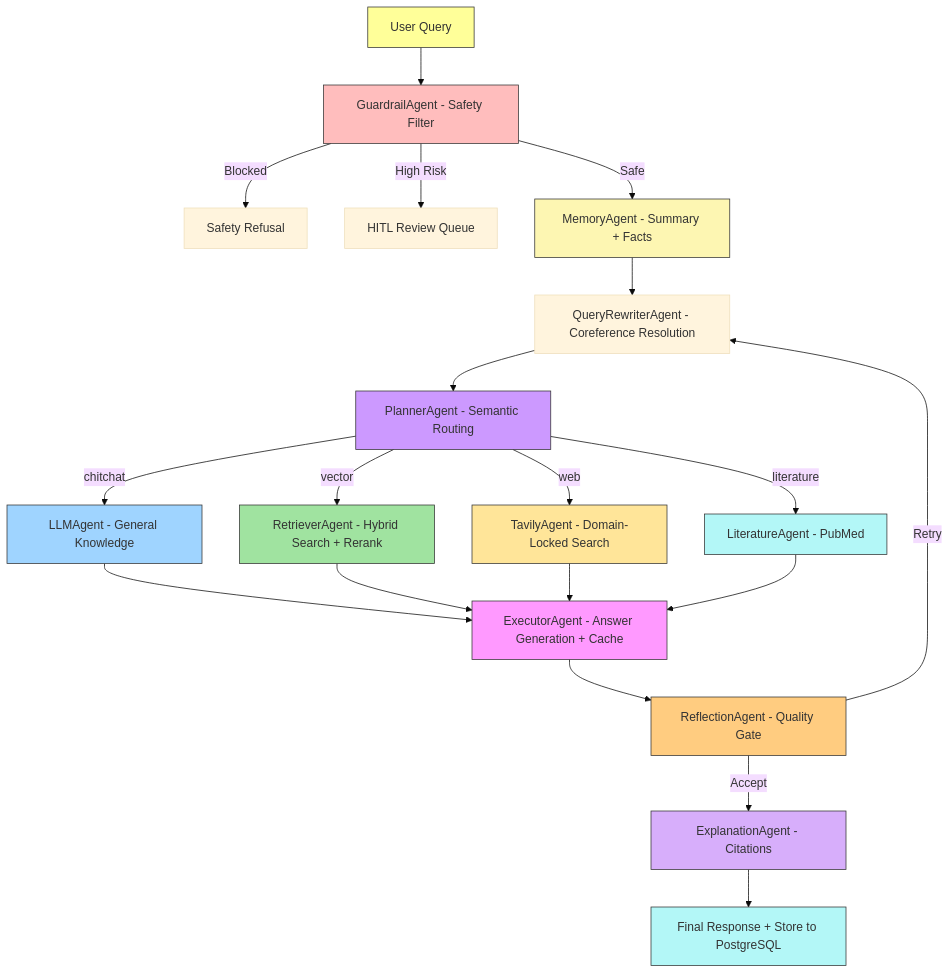
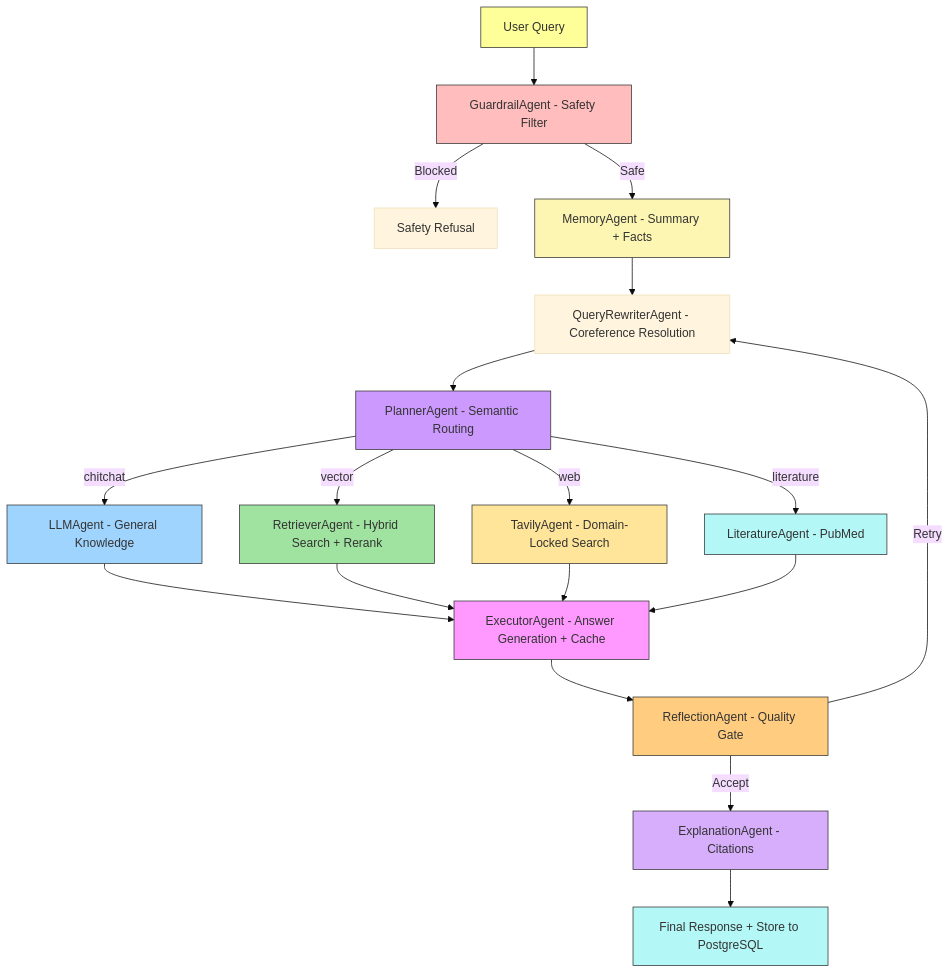
One commit to Toughcookie28-web/RealCare changed the diagram in README.md. Above: the diagram before and after it, drawn with Mermaid (base theme). The commit also changed other lines of this file and 3 other files, not shown here.

````diff
--- a/README.md
+++ b/README.md
@@ -62,38 +61,37 @@
 ```mermaid
 graph TD
     A[User Query] --> B[GuardrailAgent - Safety Filter]
     B -->|Blocked| Z[Safety Refusal]
-    B -->|High Risk| HITL[HITL Review Queue]
     B -->|Safe| C[MemoryAgent - Summary + Facts]
 
     C --> D[QueryRewriterAgent - Coreference Resolution]
     D --> E[PlannerAgent - Semantic Routing]
 
     E -->|chitchat| F[LLMAgent - General Knowledge]
     E -->|vector| G[RetrieverAgent - Hybrid Search + Rerank]
     E -->|web| H[TavilyAgent - Domain-Locked Search]
     E -->|literature| I[LiteratureAgent - PubMed]
 
     F --> J[ExecutorAgent - Answer Generation + Cache]
     G --> J
     H --> J
     I --> J
 
     J --> K[ReflectionAgent - Quality Gate]
     K -->|Retry| D
     K -->|Accept| L[ExplanationAgent - Citations]
     L --> M[Final Response + Store to PostgreSQL]
 
     style A fill:#ff9,stroke:#333
     style B fill:#ffbdbd,stroke:#333
     style C fill:#fdf6b2,stroke:#333
     style E fill:#c9f,stroke:#333
     style G fill:#a0e3a0,stroke:#333
     style F fill:#9fd4ff,stroke:#333
     style H fill:#ffe599,stroke:#333
     style I fill:#b3f7f7,stroke:#333
     style J fill:#f9f,stroke:#333
     style K fill:#ffcc80,stroke:#333
     style L fill:#d7aefb,stroke:#333
     style M fill:#b3f7f7,stroke:#333
 ```
````
